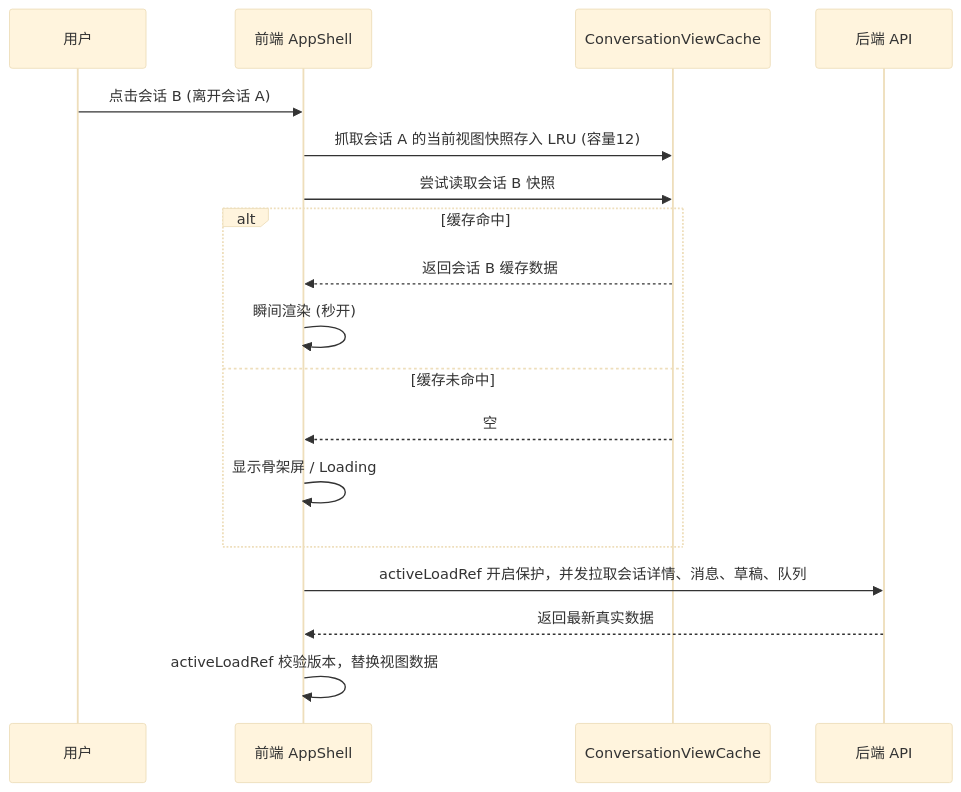
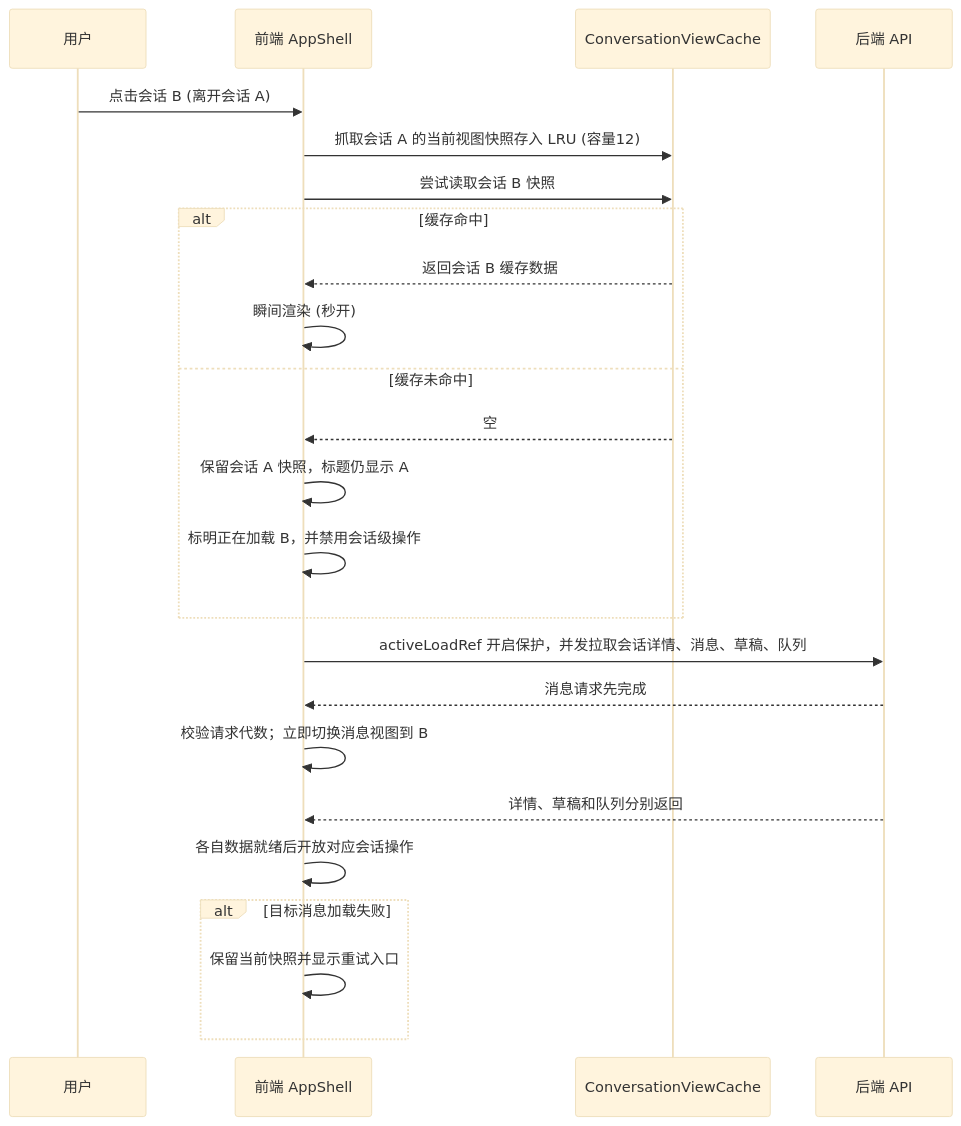
One commit to ermu03/emu-chat changed the third of 7 diagrams in docs/07-data-flow.md. Above: the diagram before and after it, drawn with Mermaid (base theme). The commit also changed other lines of this file and 5 other files, not shown here.

````diff
--- a/docs/07-data-flow.md
+++ b/docs/07-data-flow.md
@@ -68,23 +68,29 @@
 ```mermaid
 sequenceDiagram
     participant User as 用户
     participant AppShell as 前端 AppShell
     participant Cache as ConversationViewCache
     participant API as 后端 API
 
     User->>AppShell: 点击会话 B (离开会话 A)
     AppShell->>Cache: 抓取会话 A 的当前视图快照存入 LRU (容量12)
     AppShell->>Cache: 尝试读取会话 B 快照
     
     alt 缓存命中
         Cache-->>AppShell: 返回会话 B 缓存数据
         AppShell->>AppShell: 瞬间渲染 (秒开)
     else 缓存未命中
         Cache-->>AppShell: 空
-        AppShell->>AppShell: 显示骨架屏 / Loading
+        AppShell->>AppShell: 保留会话 A 快照，标题仍显示 A
+        AppShell->>AppShell: 标明正在加载 B，并禁用会话级操作
     end
 
     AppShell->>API: activeLoadRef 开启保护，并发拉取会话详情、消息、草稿、队列
-    API-->>AppShell: 返回最新真实数据
-    AppShell->>AppShell: activeLoadRef 校验版本，替换视图数据
+    API-->>AppShell: 消息请求先完成
+    AppShell->>AppShell: 校验请求代数；立即切换消息视图到 B
+    API-->>AppShell: 详情、草稿和队列分别返回
+    AppShell->>AppShell: 各自数据就绪后开放对应会话操作
+    alt 目标消息加载失败
+        AppShell->>AppShell: 保留当前快照并显示重试入口
+    end
 ```
````
